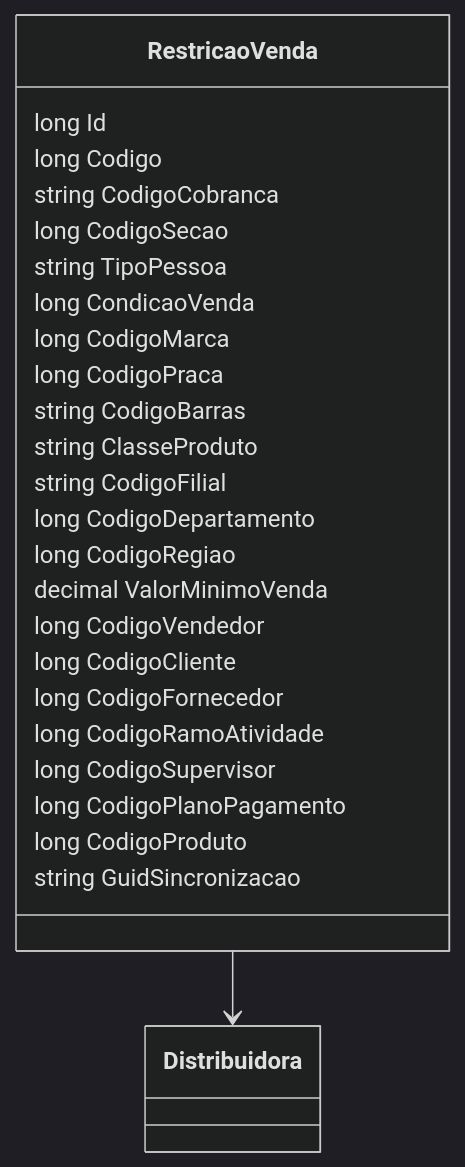
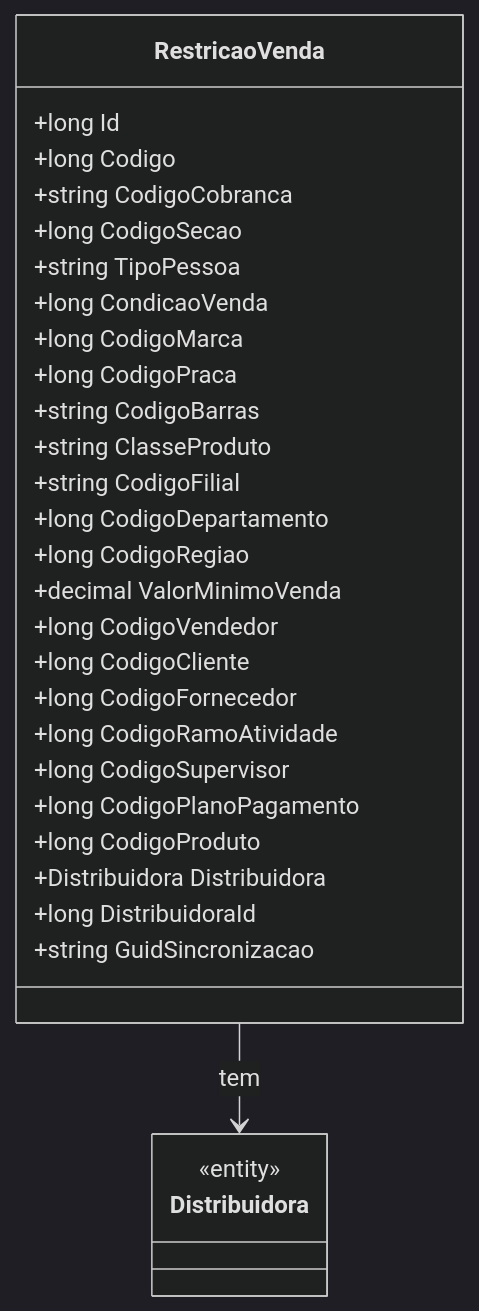
Before and after one commit to IsthmusSistemas/documentacao-tecnica: the diagram in docs/b2b-dominio/IsthmusWinthor.Nucleo/IsthmusWinthor.Dominio/Entidades/RestricaoVenda.md, drawn with Mermaid (dark theme). The commit also changed other lines of this file and 882 other files, not shown here.

````diff
--- a/docs/b2b-dominio/IsthmusWinthor.Nucleo/IsthmusWinthor.Dominio/Entidades/RestricaoVenda.md
+++ b/docs/b2b-dominio/IsthmusWinthor.Nucleo/IsthmusWinthor.Dominio/Entidades/RestricaoVenda.md
@@ -24,28 +21,35 @@
 ```mermaid
 classDiagram
     class RestricaoVenda {
-        long Id
-        long Codigo
-        string CodigoCobranca
-        long CodigoSecao
-        string TipoPessoa
-        long CondicaoVenda
-        long CodigoMarca
-        long CodigoPraca
-        string CodigoBarras
-        string ClasseProduto
-        string CodigoFilial
-        long CodigoDepartamento
-        long CodigoRegiao
-        decimal ValorMinimoVenda
-        long CodigoVendedor
-        long CodigoCliente
-        long CodigoFornecedor
-        long CodigoRamoAtividade
-        long CodigoSupervisor
-        long CodigoPlanoPagamento
-        long CodigoProduto
-        string GuidSincronizacao
+        +long Id
+        +long Codigo
+        +string CodigoCobranca
+        +long CodigoSecao
+        +string TipoPessoa
+        +long CondicaoVenda
+        +long CodigoMarca
+        +long CodigoPraca
+        +string CodigoBarras
+        +string ClasseProduto
+        +string CodigoFilial
+        +long CodigoDepartamento
+        +long CodigoRegiao
+        +decimal ValorMinimoVenda
+        +long CodigoVendedor
+        +long CodigoCliente
+        +long CodigoFornecedor
+        +long CodigoRamoAtividade
+        +long CodigoSupervisor
+        +long CodigoPlanoPagamento
+        +long CodigoProduto
+        +Distribuidora Distribuidora
+        +long DistribuidoraId
+        +string GuidSincronizacao
     }
-    RestricaoVenda --> Distribuidora
-``` 
+
+    class Distribuidora {
+        <<entity>>
+    }
+
+    RestricaoVenda --> Distribuidora : tem
+```
````
